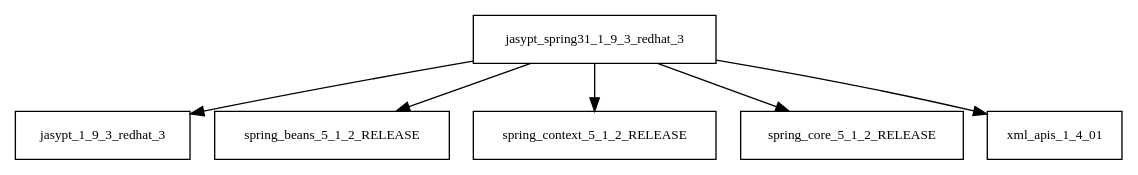
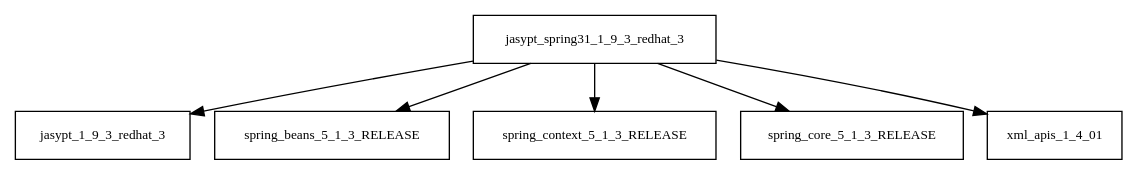
Before and after one commit to Hack23/cia: the diagram in tattleTaleReport/graphviz/jasypt-spring31-1.9.3.redhat_3.jar/jasypt-spring31-1.9.3.redhat_3.jar.dot, drawn with Graphviz. The commit also changed 3771 other files, not shown here.

```diff
--- a/tattleTaleReport/graphviz/jasypt-spring31-1.9.3.redhat_3.jar/jasypt-spring31-1.9.3.redhat_3.jar.dot
+++ b/tattleTaleReport/graphviz/jasypt-spring31-1.9.3.redhat_3.jar/jasypt-spring31-1.9.3.redhat_3.jar.dot
@@ -1,8 +1,8 @@
 digraph jasypt_spring31_1_9_3_redhat_3_dependencies {
   node [shape = box, fontsize=10.0];
   jasypt_spring31_1_9_3_redhat_3 -> jasypt_1_9_3_redhat_3;
-  jasypt_spring31_1_9_3_redhat_3 -> spring_beans_5_1_2_RELEASE;
-  jasypt_spring31_1_9_3_redhat_3 -> spring_context_5_1_2_RELEASE;
-  jasypt_spring31_1_9_3_redhat_3 -> spring_core_5_1_2_RELEASE;
+  jasypt_spring31_1_9_3_redhat_3 -> spring_beans_5_1_3_RELEASE;
+  jasypt_spring31_1_9_3_redhat_3 -> spring_context_5_1_3_RELEASE;
+  jasypt_spring31_1_9_3_redhat_3 -> spring_core_5_1_3_RELEASE;
   jasypt_spring31_1_9_3_redhat_3 -> xml_apis_1_4_01;
 }
```
